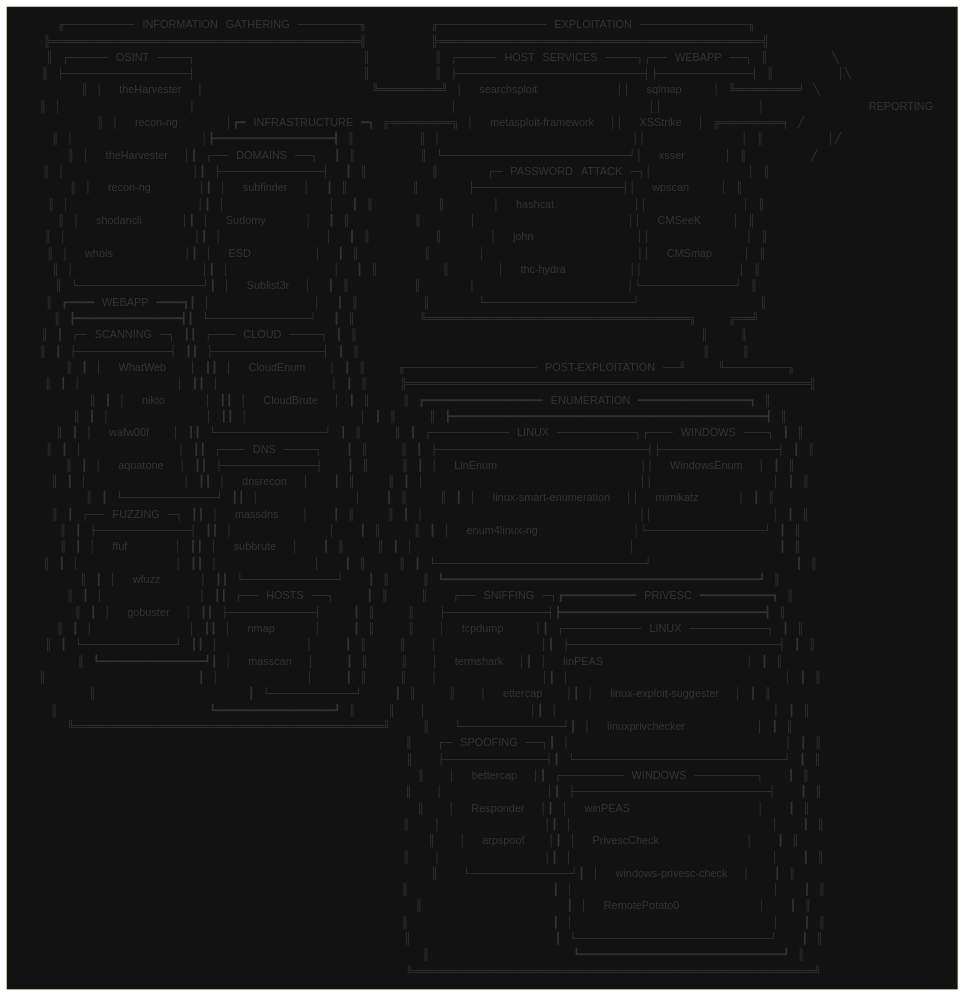
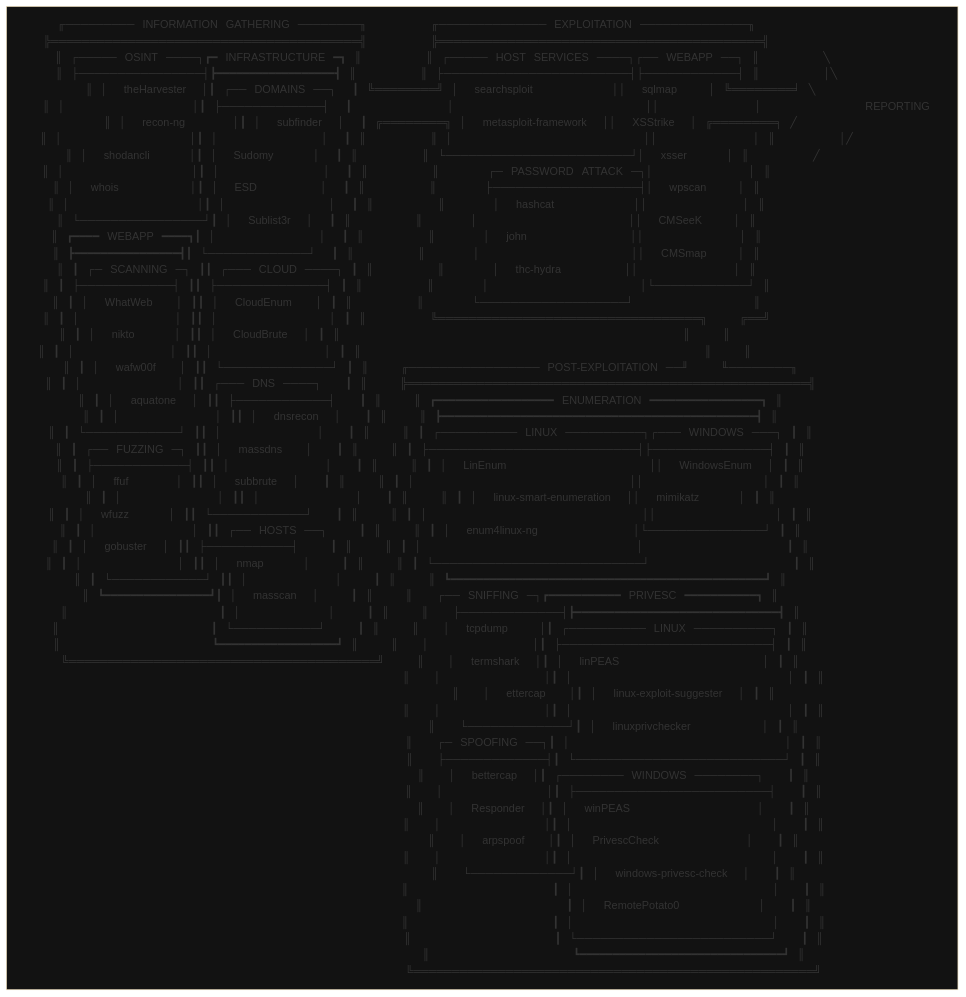
The diagram in base.README.md (Skalyaeve/a-process), drawn with Mermaid (base theme) before and after one commit. The commit also changed 2 other files, not shown here.

````diff
--- a/base.README.md
+++ b/base.README.md
@@ -1,65 +1,65 @@
 ```mermaid
 graph TD
 main[
 ⠀╓─────────⠀INFORMATION⠀GATHERING⠀────────╖⠀⠀⠀⠀⠀⠀⠀⠀╓──────────────⠀EXPLOITATION⠀──────────────╖⠀⠀⠀⠀⠀⠀⠀⠀⠀⠀⠀⠀⠀⠀⠀⠀⠀⠀⠀⠀
 ⠀╠════════════════════════════════════════╣⠀⠀⠀⠀⠀⠀⠀⠀╠══════════════════════════════════════════╣⠀⠀⠀⠀⠀⠀⠀⠀⠀⠀⠀⠀⠀⠀⠀⠀⠀⠀⠀⠀
-⠀║⠀┌─────⠀OSINT⠀────┐⠀⠀⠀⠀⠀⠀⠀⠀⠀⠀⠀⠀⠀⠀⠀⠀⠀⠀⠀⠀⠀║⠀⠀⠀⠀⠀⠀⠀⠀║⠀┌─────⠀HOST⠀SERVICES⠀────┐┌──⠀WEBAPP⠀──┐⠀║⠀⠀⠀⠀⠀⠀⠀⠀╲⠀⠀⠀⠀⠀⠀⠀⠀⠀⠀⠀
-⠀║⠀├────────────────┤⠀⠀⠀⠀⠀⠀⠀⠀⠀⠀⠀⠀⠀⠀⠀⠀⠀⠀⠀⠀⠀║⠀⠀⠀⠀⠀⠀⠀⠀║⠀├────────────────────────┤├────────────┤⠀║⠀⠀⠀⠀⠀⠀⠀⠀│╲⠀⠀⠀⠀⠀⠀⠀⠀⠀⠀
-⠀║⠀│⠀⠀theHarvester⠀⠀│⠀⠀⠀⠀⠀⠀⠀⠀⠀⠀⠀⠀⠀⠀⠀⠀⠀⠀⠀⠀⠀╚════════╝⠀│⠀⠀searchsploit⠀⠀⠀⠀⠀⠀⠀⠀⠀⠀││⠀⠀sqlmap⠀⠀⠀⠀│⠀╚════════╛⠀╲⠀⠀⠀⠀⠀⠀⠀⠀⠀
-⠀║⠀│⠀⠀⠀⠀⠀⠀⠀⠀⠀⠀⠀⠀⠀⠀⠀⠀│⠀⠀⠀⠀⠀⠀⠀⠀⠀⠀⠀⠀⠀⠀⠀⠀⠀⠀⠀⠀⠀⠀⠀⠀⠀⠀⠀⠀⠀⠀⠀⠀│⠀⠀⠀⠀⠀⠀⠀⠀⠀⠀⠀⠀⠀⠀⠀⠀⠀⠀⠀⠀⠀⠀⠀⠀││⠀⠀⠀⠀⠀⠀⠀⠀⠀⠀⠀⠀│⠀⠀⠀⠀⠀⠀⠀⠀⠀⠀⠀⠀⠀REPORTING
-⠀║⠀│⠀⠀recon-ng⠀⠀⠀⠀⠀⠀│┏━⠀INFRASTRUCTURE⠀━┓⠀╔════════╗⠀│⠀⠀metasploit-framework⠀⠀││⠀⠀XSStrike⠀⠀│⠀╔════════╕⠀╱⠀⠀⠀⠀⠀⠀⠀⠀⠀
-⠀║⠀│⠀⠀⠀⠀⠀⠀⠀⠀⠀⠀⠀⠀⠀⠀⠀⠀│┣━━━━━━━━━━━━━━━━━━┫⠀║⠀⠀⠀⠀⠀⠀⠀⠀║⠀│⠀⠀⠀⠀⠀⠀⠀⠀⠀⠀⠀⠀⠀⠀⠀⠀⠀⠀⠀⠀⠀⠀⠀⠀││⠀⠀⠀⠀⠀⠀⠀⠀⠀⠀⠀⠀│⠀║⠀⠀⠀⠀⠀⠀⠀⠀│╱⠀⠀⠀⠀⠀⠀⠀⠀⠀⠀
-⠀║⠀│⠀⠀theHarvester⠀⠀│┃⠀┌──⠀DOMAINS⠀──┐⠀⠀┃⠀║⠀⠀⠀⠀⠀⠀⠀⠀║⠀└────────────────────────┘│⠀⠀xsser⠀⠀⠀⠀⠀│⠀║⠀⠀⠀⠀⠀⠀⠀⠀╱⠀⠀⠀⠀⠀⠀⠀⠀⠀⠀⠀
-⠀║⠀│⠀⠀⠀⠀⠀⠀⠀⠀⠀⠀⠀⠀⠀⠀⠀⠀│┃⠀├─────────────┤⠀⠀┃⠀║⠀⠀⠀⠀⠀⠀⠀⠀║⠀⠀⠀⠀⠀⠀┌─⠀PASSWORD⠀ATTACK⠀─┐│⠀⠀⠀⠀⠀⠀⠀⠀⠀⠀⠀⠀│⠀║⠀⠀⠀⠀⠀⠀⠀⠀⠀⠀⠀⠀⠀⠀⠀⠀⠀⠀⠀⠀
-⠀║⠀│⠀⠀recon-ng⠀⠀⠀⠀⠀⠀│┃⠀│⠀⠀subfinder⠀⠀│⠀⠀┃⠀║⠀⠀⠀⠀⠀⠀⠀⠀║⠀⠀⠀⠀⠀⠀├───────────────────┤│⠀⠀wpscan⠀⠀⠀⠀│⠀║⠀⠀⠀⠀⠀⠀⠀⠀⠀⠀⠀⠀⠀⠀⠀⠀⠀⠀⠀⠀
+⠀║⠀┌─────⠀OSINT⠀────┐┏━⠀INFRASTRUCTURE⠀━┓⠀║⠀⠀⠀⠀⠀⠀⠀⠀║⠀┌─────⠀HOST⠀SERVICES⠀────┐┌──⠀WEBAPP⠀──┐⠀║⠀⠀⠀⠀⠀⠀⠀⠀╲⠀⠀⠀⠀⠀⠀⠀⠀⠀⠀⠀
+⠀║⠀├────────────────┤┣━━━━━━━━━━━━━━━━━━┫⠀║⠀⠀⠀⠀⠀⠀⠀⠀║⠀├────────────────────────┤├────────────┤⠀║⠀⠀⠀⠀⠀⠀⠀⠀│╲⠀⠀⠀⠀⠀⠀⠀⠀⠀⠀
+⠀║⠀│⠀⠀theHarvester⠀⠀│┃⠀┌──⠀DOMAINS⠀──┐⠀⠀┃⠀╚════════╝⠀│⠀⠀searchsploit⠀⠀⠀⠀⠀⠀⠀⠀⠀⠀││⠀⠀sqlmap⠀⠀⠀⠀│⠀╚════════╛⠀╲⠀⠀⠀⠀⠀⠀⠀⠀⠀
+⠀║⠀│⠀⠀⠀⠀⠀⠀⠀⠀⠀⠀⠀⠀⠀⠀⠀⠀│┃⠀├─────────────┤⠀⠀┃⠀⠀⠀⠀⠀⠀⠀⠀⠀⠀⠀⠀│⠀⠀⠀⠀⠀⠀⠀⠀⠀⠀⠀⠀⠀⠀⠀⠀⠀⠀⠀⠀⠀⠀⠀⠀││⠀⠀⠀⠀⠀⠀⠀⠀⠀⠀⠀⠀│⠀⠀⠀⠀⠀⠀⠀⠀⠀⠀⠀⠀⠀REPORTING
+⠀║⠀│⠀⠀recon-ng⠀⠀⠀⠀⠀⠀│┃⠀│⠀⠀subfinder⠀⠀│⠀⠀┃⠀╔════════╗⠀│⠀⠀metasploit-framework⠀⠀││⠀⠀XSStrike⠀⠀│⠀╔════════╕⠀╱⠀⠀⠀⠀⠀⠀⠀⠀⠀
+⠀║⠀│⠀⠀⠀⠀⠀⠀⠀⠀⠀⠀⠀⠀⠀⠀⠀⠀│┃⠀│⠀⠀⠀⠀⠀⠀⠀⠀⠀⠀⠀⠀⠀│⠀⠀┃⠀║⠀⠀⠀⠀⠀⠀⠀⠀║⠀│⠀⠀⠀⠀⠀⠀⠀⠀⠀⠀⠀⠀⠀⠀⠀⠀⠀⠀⠀⠀⠀⠀⠀⠀││⠀⠀⠀⠀⠀⠀⠀⠀⠀⠀⠀⠀│⠀║⠀⠀⠀⠀⠀⠀⠀⠀│╱⠀⠀⠀⠀⠀⠀⠀⠀⠀⠀
+⠀║⠀│⠀⠀shodancli⠀⠀⠀⠀⠀│┃⠀│⠀⠀Sudomy⠀⠀⠀⠀⠀│⠀⠀┃⠀║⠀⠀⠀⠀⠀⠀⠀⠀║⠀└────────────────────────┘│⠀⠀xsser⠀⠀⠀⠀⠀│⠀║⠀⠀⠀⠀⠀⠀⠀⠀╱⠀⠀⠀⠀⠀⠀⠀⠀⠀⠀⠀
+⠀║⠀│⠀⠀⠀⠀⠀⠀⠀⠀⠀⠀⠀⠀⠀⠀⠀⠀│┃⠀│⠀⠀⠀⠀⠀⠀⠀⠀⠀⠀⠀⠀⠀│⠀⠀┃⠀║⠀⠀⠀⠀⠀⠀⠀⠀║⠀⠀⠀⠀⠀⠀┌─⠀PASSWORD⠀ATTACK⠀─┐│⠀⠀⠀⠀⠀⠀⠀⠀⠀⠀⠀⠀│⠀║⠀⠀⠀⠀⠀⠀⠀⠀⠀⠀⠀⠀⠀⠀⠀⠀⠀⠀⠀⠀
+⠀║⠀│⠀⠀whois⠀⠀⠀⠀⠀⠀⠀⠀⠀│┃⠀│⠀⠀ESD⠀⠀⠀⠀⠀⠀⠀⠀│⠀⠀┃⠀║⠀⠀⠀⠀⠀⠀⠀⠀║⠀⠀⠀⠀⠀⠀├───────────────────┤│⠀⠀wpscan⠀⠀⠀⠀│⠀║⠀⠀⠀⠀⠀⠀⠀⠀⠀⠀⠀⠀⠀⠀⠀⠀⠀⠀⠀⠀
 ⠀║⠀│⠀⠀⠀⠀⠀⠀⠀⠀⠀⠀⠀⠀⠀⠀⠀⠀│┃⠀│⠀⠀⠀⠀⠀⠀⠀⠀⠀⠀⠀⠀⠀│⠀⠀┃⠀║⠀⠀⠀⠀⠀⠀⠀⠀║⠀⠀⠀⠀⠀⠀│⠀⠀hashcat⠀⠀⠀⠀⠀⠀⠀⠀⠀⠀││⠀⠀⠀⠀⠀⠀⠀⠀⠀⠀⠀⠀│⠀║⠀⠀⠀⠀⠀⠀⠀⠀⠀⠀⠀⠀⠀⠀⠀⠀⠀⠀⠀⠀
-⠀║⠀│⠀⠀shodancli⠀⠀⠀⠀⠀│┃⠀│⠀⠀Sudomy⠀⠀⠀⠀⠀│⠀⠀┃⠀║⠀⠀⠀⠀⠀⠀⠀⠀║⠀⠀⠀⠀⠀⠀│⠀⠀⠀⠀⠀⠀⠀⠀⠀⠀⠀⠀⠀⠀⠀⠀⠀⠀⠀││⠀⠀CMSeeK⠀⠀⠀⠀│⠀║⠀⠀⠀⠀⠀⠀⠀⠀⠀⠀⠀⠀⠀⠀⠀⠀⠀⠀⠀⠀
-⠀║⠀│⠀⠀⠀⠀⠀⠀⠀⠀⠀⠀⠀⠀⠀⠀⠀⠀│┃⠀│⠀⠀⠀⠀⠀⠀⠀⠀⠀⠀⠀⠀⠀│⠀⠀┃⠀║⠀⠀⠀⠀⠀⠀⠀⠀║⠀⠀⠀⠀⠀⠀│⠀⠀john⠀⠀⠀⠀⠀⠀⠀⠀⠀⠀⠀⠀⠀││⠀⠀⠀⠀⠀⠀⠀⠀⠀⠀⠀⠀│⠀║⠀⠀⠀⠀⠀⠀⠀⠀⠀⠀⠀⠀⠀⠀⠀⠀⠀⠀⠀⠀
-⠀║⠀│⠀⠀whois⠀⠀⠀⠀⠀⠀⠀⠀⠀│┃⠀│⠀⠀ESD⠀⠀⠀⠀⠀⠀⠀⠀│⠀⠀┃⠀║⠀⠀⠀⠀⠀⠀⠀⠀║⠀⠀⠀⠀⠀⠀│⠀⠀⠀⠀⠀⠀⠀⠀⠀⠀⠀⠀⠀⠀⠀⠀⠀⠀⠀││⠀⠀CMSmap⠀⠀⠀⠀│⠀║⠀⠀⠀⠀⠀⠀⠀⠀⠀⠀⠀⠀⠀⠀⠀⠀⠀⠀⠀⠀
-⠀║⠀│⠀⠀⠀⠀⠀⠀⠀⠀⠀⠀⠀⠀⠀⠀⠀⠀│┃⠀│⠀⠀⠀⠀⠀⠀⠀⠀⠀⠀⠀⠀⠀│⠀⠀┃⠀║⠀⠀⠀⠀⠀⠀⠀⠀║⠀⠀⠀⠀⠀⠀│⠀⠀thc-hydra⠀⠀⠀⠀⠀⠀⠀⠀││⠀⠀⠀⠀⠀⠀⠀⠀⠀⠀⠀⠀│⠀║⠀⠀⠀⠀⠀⠀⠀⠀⠀⠀⠀⠀⠀⠀⠀⠀⠀⠀⠀⠀
-⠀║⠀└────────────────┘┃⠀│⠀⠀Sublist3r⠀⠀│⠀⠀┃⠀║⠀⠀⠀⠀⠀⠀⠀⠀║⠀⠀⠀⠀⠀⠀│⠀⠀⠀⠀⠀⠀⠀⠀⠀⠀⠀⠀⠀⠀⠀⠀⠀⠀⠀│└────────────┘⠀║⠀⠀⠀⠀⠀⠀⠀⠀⠀⠀⠀⠀⠀⠀⠀⠀⠀⠀⠀⠀
-⠀║⠀┏━━━━⠀WEBAPP⠀━━━━┓┃⠀│⠀⠀⠀⠀⠀⠀⠀⠀⠀⠀⠀⠀⠀│⠀⠀┃⠀║⠀⠀⠀⠀⠀⠀⠀⠀║⠀⠀⠀⠀⠀⠀└───────────────────┘⠀⠀⠀⠀⠀⠀⠀⠀⠀⠀⠀⠀⠀⠀⠀║⠀⠀⠀⠀⠀⠀⠀⠀⠀⠀⠀⠀⠀⠀⠀⠀⠀⠀⠀⠀
-⠀║⠀┣━━━━━━━━━━━━━━━━┫┃⠀└─────────────┘⠀⠀┃⠀║⠀⠀⠀⠀⠀⠀⠀⠀╚══════════════════════════════════╗⠀⠀⠀⠀╔══╝⠀⠀⠀⠀⠀⠀⠀⠀⠀⠀⠀⠀⠀⠀⠀⠀⠀⠀⠀⠀
-⠀║⠀┃⠀┌─⠀SCANNING⠀─┐⠀┃┃⠀┌───⠀CLOUD⠀────┐⠀┃⠀║⠀⠀⠀⠀⠀⠀⠀⠀⠀⠀⠀⠀⠀⠀⠀⠀⠀⠀⠀⠀⠀⠀⠀⠀⠀⠀⠀⠀⠀⠀⠀⠀⠀⠀⠀⠀⠀⠀⠀⠀⠀⠀⠀║⠀⠀⠀⠀║⠀⠀⠀⠀⠀⠀⠀⠀⠀⠀⠀⠀⠀⠀⠀⠀⠀⠀⠀⠀⠀⠀⠀
-⠀║⠀┃⠀├────────────┤⠀┃┃⠀├──────────────┤⠀┃⠀║⠀⠀⠀⠀⠀⠀⠀⠀⠀⠀⠀⠀⠀⠀⠀⠀⠀⠀⠀⠀⠀⠀⠀⠀⠀⠀⠀⠀⠀⠀⠀⠀⠀⠀⠀⠀⠀⠀⠀⠀⠀⠀⠀║⠀⠀⠀⠀║⠀⠀⠀⠀⠀⠀⠀⠀⠀⠀⠀⠀⠀⠀⠀⠀⠀⠀⠀⠀⠀⠀⠀
-⠀║⠀┃⠀│⠀⠀WhatWeb⠀⠀⠀│⠀┃┃⠀│⠀⠀CloudEnum⠀⠀⠀│⠀┃⠀║⠀⠀⠀⠀╓─────────────────⠀POST-EXPLOITATION⠀──╜⠀⠀⠀⠀╙────────╖⠀⠀⠀⠀⠀⠀⠀⠀⠀⠀⠀⠀⠀⠀
-⠀║⠀┃⠀│⠀⠀⠀⠀⠀⠀⠀⠀⠀⠀⠀⠀│⠀┃┃⠀│⠀⠀⠀⠀⠀⠀⠀⠀⠀⠀⠀⠀⠀⠀│⠀┃⠀║⠀⠀⠀⠀╠════════════════════════════════════════════════════╣⠀⠀⠀⠀⠀⠀⠀⠀⠀⠀⠀⠀⠀⠀
-⠀║⠀┃⠀│⠀⠀nikto⠀⠀⠀⠀⠀│⠀┃┃⠀│⠀⠀CloudBrute⠀⠀│⠀┃⠀║⠀⠀⠀⠀║⠀┏━━━━━━━━━━━━━━━━━━⠀ENUMERATION⠀━━━━━━━━━━━━━━━━━┓⠀║⠀⠀⠀⠀⠀⠀⠀⠀⠀⠀⠀⠀⠀⠀
-⠀║⠀┃⠀│⠀⠀⠀⠀⠀⠀⠀⠀⠀⠀⠀⠀│⠀┃┃⠀│⠀⠀⠀⠀⠀⠀⠀⠀⠀⠀⠀⠀⠀⠀│⠀┃⠀║⠀⠀⠀⠀║⠀┣━━━━━━━━━━━━━━━━━━━━━━━━━━━━━━━━━━━━━━━━━━━━━━━━┫⠀║⠀⠀⠀⠀⠀⠀⠀⠀⠀⠀⠀⠀⠀⠀
-⠀║⠀┃⠀│⠀⠀wafw00f⠀⠀⠀│⠀┃┃⠀└──────────────┘⠀┃⠀║⠀⠀⠀⠀║⠀┃⠀┌──────────⠀LINUX⠀──────────┐┌───⠀WINDOWS⠀───┐⠀┃⠀║⠀⠀⠀⠀⠀⠀⠀⠀⠀⠀⠀⠀⠀⠀
-⠀║⠀┃⠀│⠀⠀⠀⠀⠀⠀⠀⠀⠀⠀⠀⠀│⠀┃┃⠀┌───⠀DNS⠀────┐⠀⠀⠀┃⠀║⠀⠀⠀⠀║⠀┃⠀├───────────────────────────┤├───────────────┤⠀┃⠀║⠀⠀⠀⠀⠀⠀⠀⠀⠀⠀⠀⠀⠀⠀
-⠀║⠀┃⠀│⠀⠀aquatone⠀⠀│⠀┃┃⠀├────────────┤⠀⠀⠀┃⠀║⠀⠀⠀⠀║⠀┃⠀│⠀⠀LinEnum⠀⠀⠀⠀⠀⠀⠀⠀⠀⠀⠀⠀⠀⠀⠀⠀⠀⠀││⠀⠀WindowsEnum⠀⠀│⠀┃⠀║⠀⠀⠀⠀⠀⠀⠀⠀⠀⠀⠀⠀⠀⠀
-⠀║⠀┃⠀│⠀⠀⠀⠀⠀⠀⠀⠀⠀⠀⠀⠀│⠀┃┃⠀│⠀⠀dnsrecon⠀⠀│⠀⠀⠀┃⠀║⠀⠀⠀⠀║⠀┃⠀│⠀⠀⠀⠀⠀⠀⠀⠀⠀⠀⠀⠀⠀⠀⠀⠀⠀⠀⠀⠀⠀⠀⠀⠀⠀⠀⠀││⠀⠀⠀⠀⠀⠀⠀⠀⠀⠀⠀⠀⠀⠀⠀│⠀┃⠀║⠀⠀⠀⠀⠀⠀⠀⠀⠀⠀⠀⠀⠀⠀
-⠀║⠀┃⠀└────────────┘⠀┃┃⠀│⠀⠀⠀⠀⠀⠀⠀⠀⠀⠀⠀⠀│⠀⠀⠀┃⠀║⠀⠀⠀⠀║⠀┃⠀│⠀⠀linux-smart-enumeration⠀⠀││⠀⠀mimikatz⠀⠀⠀⠀⠀│⠀┃⠀║⠀⠀⠀⠀⠀⠀⠀⠀⠀⠀⠀⠀⠀⠀
-⠀║⠀┃⠀┌──⠀FUZZING⠀─┐⠀┃┃⠀│⠀⠀massdns⠀⠀⠀│⠀⠀⠀┃⠀║⠀⠀⠀⠀║⠀┃⠀│⠀⠀⠀⠀⠀⠀⠀⠀⠀⠀⠀⠀⠀⠀⠀⠀⠀⠀⠀⠀⠀⠀⠀⠀⠀⠀⠀││⠀⠀⠀⠀⠀⠀⠀⠀⠀⠀⠀⠀⠀⠀⠀│⠀┃⠀║⠀⠀⠀⠀⠀⠀⠀⠀⠀⠀⠀⠀⠀⠀
-⠀║⠀┃⠀├────────────┤⠀┃┃⠀│⠀⠀⠀⠀⠀⠀⠀⠀⠀⠀⠀⠀│⠀⠀⠀┃⠀║⠀⠀⠀⠀║⠀┃⠀│⠀⠀enum4linux-ng⠀⠀⠀⠀⠀⠀⠀⠀⠀⠀⠀⠀│└───────────────┘⠀┃⠀║⠀⠀⠀⠀⠀⠀⠀⠀⠀⠀⠀⠀⠀⠀
-⠀║⠀┃⠀│⠀⠀ffuf⠀⠀⠀⠀⠀⠀│⠀┃┃⠀│⠀⠀subbrute⠀⠀│⠀⠀⠀┃⠀║⠀⠀⠀⠀║⠀┃⠀│⠀⠀⠀⠀⠀⠀⠀⠀⠀⠀⠀⠀⠀⠀⠀⠀⠀⠀⠀⠀⠀⠀⠀⠀⠀⠀⠀│⠀⠀⠀⠀⠀⠀⠀⠀⠀⠀⠀⠀⠀⠀⠀⠀⠀⠀┃⠀║⠀⠀⠀⠀⠀⠀⠀⠀⠀⠀⠀⠀⠀⠀
-⠀║⠀┃⠀│⠀⠀⠀⠀⠀⠀⠀⠀⠀⠀⠀⠀│⠀┃┃⠀│⠀⠀⠀⠀⠀⠀⠀⠀⠀⠀⠀⠀│⠀⠀⠀┃⠀║⠀⠀⠀⠀║⠀┃⠀└───────────────────────────┘⠀⠀⠀⠀⠀⠀⠀⠀⠀⠀⠀⠀⠀⠀⠀⠀⠀⠀┃⠀║⠀⠀⠀⠀⠀⠀⠀⠀⠀⠀⠀⠀⠀⠀
-⠀║⠀┃⠀│⠀⠀wfuzz⠀⠀⠀⠀⠀│⠀┃┃⠀└────────────┘⠀⠀⠀┃⠀║⠀⠀⠀⠀║⠀┗━━━━━━━━━━━━━━━━━━━━━━━━━━━━━━━━━━━━━━━━━━━━━━━━┛⠀║⠀⠀⠀⠀⠀⠀⠀⠀⠀⠀⠀⠀⠀⠀
-⠀║⠀┃⠀│⠀⠀⠀⠀⠀⠀⠀⠀⠀⠀⠀⠀│⠀┃┃⠀┌──⠀HOSTS⠀──┐⠀⠀⠀⠀┃⠀║⠀⠀⠀⠀║⠀⠀⠀┌──⠀SNIFFING⠀─┐┏━━━━━━━━━━━⠀PRIVESC⠀━━━━━━━━━━━┓⠀║⠀⠀⠀⠀⠀⠀⠀⠀⠀⠀⠀⠀⠀⠀
-⠀║⠀┃⠀│⠀⠀gobuster⠀⠀│⠀┃┃⠀├───────────┤⠀⠀⠀⠀┃⠀║⠀⠀⠀⠀║⠀⠀⠀├─────────────┤┣━━━━━━━━━━━━━━━━━━━━━━━━━━━━━━━┫⠀║⠀⠀⠀⠀⠀⠀⠀⠀⠀⠀⠀⠀⠀⠀
-⠀║⠀┃⠀│⠀⠀⠀⠀⠀⠀⠀⠀⠀⠀⠀⠀│⠀┃┃⠀│⠀⠀nmap⠀⠀⠀⠀⠀│⠀⠀⠀⠀┃⠀║⠀⠀⠀⠀║⠀⠀⠀│⠀⠀tcpdump⠀⠀⠀⠀│┃⠀┌──────────⠀LINUX⠀──────────┐⠀┃⠀║⠀⠀⠀⠀⠀⠀⠀⠀⠀⠀⠀⠀⠀⠀
-⠀║⠀┃⠀└────────────┘⠀┃┃⠀│⠀⠀⠀⠀⠀⠀⠀⠀⠀⠀⠀│⠀⠀⠀⠀┃⠀║⠀⠀⠀⠀║⠀⠀⠀│⠀⠀⠀⠀⠀⠀⠀⠀⠀⠀⠀⠀⠀│┃⠀├───────────────────────────┤⠀┃⠀║⠀⠀⠀⠀⠀⠀⠀⠀⠀⠀⠀⠀⠀⠀
-⠀║⠀┗━━━━━━━━━━━━━━━━┛┃⠀│⠀⠀masscan⠀⠀│⠀⠀⠀⠀┃⠀║⠀⠀⠀⠀║⠀⠀⠀│⠀⠀termshark⠀⠀│┃⠀│⠀⠀linPEAS⠀⠀⠀⠀⠀⠀⠀⠀⠀⠀⠀⠀⠀⠀⠀⠀⠀⠀│⠀┃⠀║⠀⠀⠀⠀⠀⠀⠀⠀⠀⠀⠀⠀⠀⠀
-⠀║⠀⠀⠀⠀⠀⠀⠀⠀⠀⠀⠀⠀⠀⠀⠀⠀⠀⠀⠀┃⠀│⠀⠀⠀⠀⠀⠀⠀⠀⠀⠀⠀│⠀⠀⠀⠀┃⠀║⠀⠀⠀⠀║⠀⠀⠀│⠀⠀⠀⠀⠀⠀⠀⠀⠀⠀⠀⠀⠀│┃⠀│⠀⠀⠀⠀⠀⠀⠀⠀⠀⠀⠀⠀⠀⠀⠀⠀⠀⠀⠀⠀⠀⠀⠀⠀⠀⠀⠀│⠀┃⠀║⠀⠀⠀⠀⠀⠀⠀⠀⠀⠀⠀⠀⠀⠀
-⠀║⠀⠀⠀⠀⠀⠀⠀⠀⠀⠀⠀⠀⠀⠀⠀⠀⠀⠀⠀┃⠀└───────────┘⠀⠀⠀⠀┃⠀║⠀⠀⠀⠀║⠀⠀⠀│⠀⠀ettercap⠀⠀⠀│┃⠀│⠀⠀linux-exploit-suggester⠀⠀│⠀┃⠀║⠀⠀⠀⠀⠀⠀⠀⠀⠀⠀⠀⠀⠀⠀
-⠀║⠀⠀⠀⠀⠀⠀⠀⠀⠀⠀⠀⠀⠀⠀⠀⠀⠀⠀⠀┗━━━━━━━━━━━━━━━━━━┛⠀║⠀⠀⠀⠀║⠀⠀⠀│⠀⠀⠀⠀⠀⠀⠀⠀⠀⠀⠀⠀⠀│┃⠀│⠀⠀⠀⠀⠀⠀⠀⠀⠀⠀⠀⠀⠀⠀⠀⠀⠀⠀⠀⠀⠀⠀⠀⠀⠀⠀⠀│⠀┃⠀║⠀⠀⠀⠀⠀⠀⠀⠀⠀⠀⠀⠀⠀⠀
-⠀╚════════════════════════════════════════╝⠀⠀⠀⠀║⠀⠀⠀└─────────────┘┃⠀│⠀⠀linuxprivchecker⠀⠀⠀⠀⠀⠀⠀⠀⠀│⠀┃⠀║⠀⠀⠀⠀⠀⠀⠀⠀⠀⠀⠀⠀⠀⠀
+⠀║⠀└────────────────┘┃⠀│⠀⠀Sublist3r⠀⠀│⠀⠀┃⠀║⠀⠀⠀⠀⠀⠀⠀⠀║⠀⠀⠀⠀⠀⠀│⠀⠀⠀⠀⠀⠀⠀⠀⠀⠀⠀⠀⠀⠀⠀⠀⠀⠀⠀││⠀⠀CMSeeK⠀⠀⠀⠀│⠀║⠀⠀⠀⠀⠀⠀⠀⠀⠀⠀⠀⠀⠀⠀⠀⠀⠀⠀⠀⠀
+⠀║⠀┏━━━━⠀WEBAPP⠀━━━━┓┃⠀│⠀⠀⠀⠀⠀⠀⠀⠀⠀⠀⠀⠀⠀│⠀⠀┃⠀║⠀⠀⠀⠀⠀⠀⠀⠀║⠀⠀⠀⠀⠀⠀│⠀⠀john⠀⠀⠀⠀⠀⠀⠀⠀⠀⠀⠀⠀⠀││⠀⠀⠀⠀⠀⠀⠀⠀⠀⠀⠀⠀│⠀║⠀⠀⠀⠀⠀⠀⠀⠀⠀⠀⠀⠀⠀⠀⠀⠀⠀⠀⠀⠀
+⠀║⠀┣━━━━━━━━━━━━━━━━┫┃⠀└─────────────┘⠀⠀┃⠀║⠀⠀⠀⠀⠀⠀⠀⠀║⠀⠀⠀⠀⠀⠀│⠀⠀⠀⠀⠀⠀⠀⠀⠀⠀⠀⠀⠀⠀⠀⠀⠀⠀⠀││⠀⠀CMSmap⠀⠀⠀⠀│⠀║⠀⠀⠀⠀⠀⠀⠀⠀⠀⠀⠀⠀⠀⠀⠀⠀⠀⠀⠀⠀
+⠀║⠀┃⠀┌─⠀SCANNING⠀─┐⠀┃┃⠀┌───⠀CLOUD⠀────┐⠀┃⠀║⠀⠀⠀⠀⠀⠀⠀⠀║⠀⠀⠀⠀⠀⠀│⠀⠀thc-hydra⠀⠀⠀⠀⠀⠀⠀⠀││⠀⠀⠀⠀⠀⠀⠀⠀⠀⠀⠀⠀│⠀║⠀⠀⠀⠀⠀⠀⠀⠀⠀⠀⠀⠀⠀⠀⠀⠀⠀⠀⠀⠀
+⠀║⠀┃⠀├────────────┤⠀┃┃⠀├──────────────┤⠀┃⠀║⠀⠀⠀⠀⠀⠀⠀⠀║⠀⠀⠀⠀⠀⠀│⠀⠀⠀⠀⠀⠀⠀⠀⠀⠀⠀⠀⠀⠀⠀⠀⠀⠀⠀│└────────────┘⠀║⠀⠀⠀⠀⠀⠀⠀⠀⠀⠀⠀⠀⠀⠀⠀⠀⠀⠀⠀⠀
+⠀║⠀┃⠀│⠀⠀WhatWeb⠀⠀⠀│⠀┃┃⠀│⠀⠀CloudEnum⠀⠀⠀│⠀┃⠀║⠀⠀⠀⠀⠀⠀⠀⠀║⠀⠀⠀⠀⠀⠀└───────────────────┘⠀⠀⠀⠀⠀⠀⠀⠀⠀⠀⠀⠀⠀⠀⠀║⠀⠀⠀⠀⠀⠀⠀⠀⠀⠀⠀⠀⠀⠀⠀⠀⠀⠀⠀⠀
+⠀║⠀┃⠀│⠀⠀⠀⠀⠀⠀⠀⠀⠀⠀⠀⠀│⠀┃┃⠀│⠀⠀⠀⠀⠀⠀⠀⠀⠀⠀⠀⠀⠀⠀│⠀┃⠀║⠀⠀⠀⠀⠀⠀⠀⠀╚══════════════════════════════════╗⠀⠀⠀⠀╔══╝⠀⠀⠀⠀⠀⠀⠀⠀⠀⠀⠀⠀⠀⠀⠀⠀⠀⠀⠀⠀
+⠀║⠀┃⠀│⠀⠀nikto⠀⠀⠀⠀⠀│⠀┃┃⠀│⠀⠀CloudBrute⠀⠀│⠀┃⠀║⠀⠀⠀⠀⠀⠀⠀⠀⠀⠀⠀⠀⠀⠀⠀⠀⠀⠀⠀⠀⠀⠀⠀⠀⠀⠀⠀⠀⠀⠀⠀⠀⠀⠀⠀⠀⠀⠀⠀⠀⠀⠀⠀║⠀⠀⠀⠀║⠀⠀⠀⠀⠀⠀⠀⠀⠀⠀⠀⠀⠀⠀⠀⠀⠀⠀⠀⠀⠀⠀⠀
+⠀║⠀┃⠀│⠀⠀⠀⠀⠀⠀⠀⠀⠀⠀⠀⠀│⠀┃┃⠀│⠀⠀⠀⠀⠀⠀⠀⠀⠀⠀⠀⠀⠀⠀│⠀┃⠀║⠀⠀⠀⠀⠀⠀⠀⠀⠀⠀⠀⠀⠀⠀⠀⠀⠀⠀⠀⠀⠀⠀⠀⠀⠀⠀⠀⠀⠀⠀⠀⠀⠀⠀⠀⠀⠀⠀⠀⠀⠀⠀⠀║⠀⠀⠀⠀║⠀⠀⠀⠀⠀⠀⠀⠀⠀⠀⠀⠀⠀⠀⠀⠀⠀⠀⠀⠀⠀⠀⠀
+⠀║⠀┃⠀│⠀⠀wafw00f⠀⠀⠀│⠀┃┃⠀└──────────────┘⠀┃⠀║⠀⠀⠀⠀╓─────────────────⠀POST-EXPLOITATION⠀──╜⠀⠀⠀⠀╙────────╖⠀⠀⠀⠀⠀⠀⠀⠀⠀⠀⠀⠀⠀⠀
+⠀║⠀┃⠀│⠀⠀⠀⠀⠀⠀⠀⠀⠀⠀⠀⠀│⠀┃┃⠀┌───⠀DNS⠀────┐⠀⠀⠀┃⠀║⠀⠀⠀⠀╠════════════════════════════════════════════════════╣⠀⠀⠀⠀⠀⠀⠀⠀⠀⠀⠀⠀⠀⠀
+⠀║⠀┃⠀│⠀⠀aquatone⠀⠀│⠀┃┃⠀├────────────┤⠀⠀⠀┃⠀║⠀⠀⠀⠀║⠀┏━━━━━━━━━━━━━━━━━━⠀ENUMERATION⠀━━━━━━━━━━━━━━━━━┓⠀║⠀⠀⠀⠀⠀⠀⠀⠀⠀⠀⠀⠀⠀⠀
+⠀║⠀┃⠀│⠀⠀⠀⠀⠀⠀⠀⠀⠀⠀⠀⠀│⠀┃┃⠀│⠀⠀dnsrecon⠀⠀│⠀⠀⠀┃⠀║⠀⠀⠀⠀║⠀┣━━━━━━━━━━━━━━━━━━━━━━━━━━━━━━━━━━━━━━━━━━━━━━━━┫⠀║⠀⠀⠀⠀⠀⠀⠀⠀⠀⠀⠀⠀⠀⠀
+⠀║⠀┃⠀└────────────┘⠀┃┃⠀│⠀⠀⠀⠀⠀⠀⠀⠀⠀⠀⠀⠀│⠀⠀⠀┃⠀║⠀⠀⠀⠀║⠀┃⠀┌──────────⠀LINUX⠀──────────┐┌───⠀WINDOWS⠀───┐⠀┃⠀║⠀⠀⠀⠀⠀⠀⠀⠀⠀⠀⠀⠀⠀⠀
+⠀║⠀┃⠀┌──⠀FUZZING⠀─┐⠀┃┃⠀│⠀⠀massdns⠀⠀⠀│⠀⠀⠀┃⠀║⠀⠀⠀⠀║⠀┃⠀├───────────────────────────┤├───────────────┤⠀┃⠀║⠀⠀⠀⠀⠀⠀⠀⠀⠀⠀⠀⠀⠀⠀
+⠀║⠀┃⠀├────────────┤⠀┃┃⠀│⠀⠀⠀⠀⠀⠀⠀⠀⠀⠀⠀⠀│⠀⠀⠀┃⠀║⠀⠀⠀⠀║⠀┃⠀│⠀⠀LinEnum⠀⠀⠀⠀⠀⠀⠀⠀⠀⠀⠀⠀⠀⠀⠀⠀⠀⠀││⠀⠀WindowsEnum⠀⠀│⠀┃⠀║⠀⠀⠀⠀⠀⠀⠀⠀⠀⠀⠀⠀⠀⠀
+⠀║⠀┃⠀│⠀⠀ffuf⠀⠀⠀⠀⠀⠀│⠀┃┃⠀│⠀⠀subbrute⠀⠀│⠀⠀⠀┃⠀║⠀⠀⠀⠀║⠀┃⠀│⠀⠀⠀⠀⠀⠀⠀⠀⠀⠀⠀⠀⠀⠀⠀⠀⠀⠀⠀⠀⠀⠀⠀⠀⠀⠀⠀││⠀⠀⠀⠀⠀⠀⠀⠀⠀⠀⠀⠀⠀⠀⠀│⠀┃⠀║⠀⠀⠀⠀⠀⠀⠀⠀⠀⠀⠀⠀⠀⠀
+⠀║⠀┃⠀│⠀⠀⠀⠀⠀⠀⠀⠀⠀⠀⠀⠀│⠀┃┃⠀│⠀⠀⠀⠀⠀⠀⠀⠀⠀⠀⠀⠀│⠀⠀⠀┃⠀║⠀⠀⠀⠀║⠀┃⠀│⠀⠀linux-smart-enumeration⠀⠀││⠀⠀mimikatz⠀⠀⠀⠀⠀│⠀┃⠀║⠀⠀⠀⠀⠀⠀⠀⠀⠀⠀⠀⠀⠀⠀
+⠀║⠀┃⠀│⠀⠀wfuzz⠀⠀⠀⠀⠀│⠀┃┃⠀└────────────┘⠀⠀⠀┃⠀║⠀⠀⠀⠀║⠀┃⠀│⠀⠀⠀⠀⠀⠀⠀⠀⠀⠀⠀⠀⠀⠀⠀⠀⠀⠀⠀⠀⠀⠀⠀⠀⠀⠀⠀││⠀⠀⠀⠀⠀⠀⠀⠀⠀⠀⠀⠀⠀⠀⠀│⠀┃⠀║⠀⠀⠀⠀⠀⠀⠀⠀⠀⠀⠀⠀⠀⠀
+⠀║⠀┃⠀│⠀⠀⠀⠀⠀⠀⠀⠀⠀⠀⠀⠀│⠀┃┃⠀┌──⠀HOSTS⠀──┐⠀⠀⠀⠀┃⠀║⠀⠀⠀⠀║⠀┃⠀│⠀⠀enum4linux-ng⠀⠀⠀⠀⠀⠀⠀⠀⠀⠀⠀⠀│└───────────────┘⠀┃⠀║⠀⠀⠀⠀⠀⠀⠀⠀⠀⠀⠀⠀⠀⠀
+⠀║⠀┃⠀│⠀⠀gobuster⠀⠀│⠀┃┃⠀├───────────┤⠀⠀⠀⠀┃⠀║⠀⠀⠀⠀║⠀┃⠀│⠀⠀⠀⠀⠀⠀⠀⠀⠀⠀⠀⠀⠀⠀⠀⠀⠀⠀⠀⠀⠀⠀⠀⠀⠀⠀⠀│⠀⠀⠀⠀⠀⠀⠀⠀⠀⠀⠀⠀⠀⠀⠀⠀⠀⠀┃⠀║⠀⠀⠀⠀⠀⠀⠀⠀⠀⠀⠀⠀⠀⠀
+⠀║⠀┃⠀│⠀⠀⠀⠀⠀⠀⠀⠀⠀⠀⠀⠀│⠀┃┃⠀│⠀⠀nmap⠀⠀⠀⠀⠀│⠀⠀⠀⠀┃⠀║⠀⠀⠀⠀║⠀┃⠀└───────────────────────────┘⠀⠀⠀⠀⠀⠀⠀⠀⠀⠀⠀⠀⠀⠀⠀⠀⠀⠀┃⠀║⠀⠀⠀⠀⠀⠀⠀⠀⠀⠀⠀⠀⠀⠀
+⠀║⠀┃⠀└────────────┘⠀┃┃⠀│⠀⠀⠀⠀⠀⠀⠀⠀⠀⠀⠀│⠀⠀⠀⠀┃⠀║⠀⠀⠀⠀║⠀┗━━━━━━━━━━━━━━━━━━━━━━━━━━━━━━━━━━━━━━━━━━━━━━━━┛⠀║⠀⠀⠀⠀⠀⠀⠀⠀⠀⠀⠀⠀⠀⠀
+⠀║⠀┗━━━━━━━━━━━━━━━━┛┃⠀│⠀⠀masscan⠀⠀│⠀⠀⠀⠀┃⠀║⠀⠀⠀⠀║⠀⠀⠀┌──⠀SNIFFING⠀─┐┏━━━━━━━━━━━⠀PRIVESC⠀━━━━━━━━━━━┓⠀║⠀⠀⠀⠀⠀⠀⠀⠀⠀⠀⠀⠀⠀⠀
+⠀║⠀⠀⠀⠀⠀⠀⠀⠀⠀⠀⠀⠀⠀⠀⠀⠀⠀⠀⠀┃⠀│⠀⠀⠀⠀⠀⠀⠀⠀⠀⠀⠀│⠀⠀⠀⠀┃⠀║⠀⠀⠀⠀║⠀⠀⠀├─────────────┤┣━━━━━━━━━━━━━━━━━━━━━━━━━━━━━━━┫⠀║⠀⠀⠀⠀⠀⠀⠀⠀⠀⠀⠀⠀⠀⠀
+⠀║⠀⠀⠀⠀⠀⠀⠀⠀⠀⠀⠀⠀⠀⠀⠀⠀⠀⠀⠀┃⠀└───────────┘⠀⠀⠀⠀┃⠀║⠀⠀⠀⠀║⠀⠀⠀│⠀⠀tcpdump⠀⠀⠀⠀│┃⠀┌──────────⠀LINUX⠀──────────┐⠀┃⠀║⠀⠀⠀⠀⠀⠀⠀⠀⠀⠀⠀⠀⠀⠀
+⠀║⠀⠀⠀⠀⠀⠀⠀⠀⠀⠀⠀⠀⠀⠀⠀⠀⠀⠀⠀┗━━━━━━━━━━━━━━━━━━┛⠀║⠀⠀⠀⠀║⠀⠀⠀│⠀⠀⠀⠀⠀⠀⠀⠀⠀⠀⠀⠀⠀│┃⠀├───────────────────────────┤⠀┃⠀║⠀⠀⠀⠀⠀⠀⠀⠀⠀⠀⠀⠀⠀⠀
+⠀╚════════════════════════════════════════╝⠀⠀⠀⠀║⠀⠀⠀│⠀⠀termshark⠀⠀│┃⠀│⠀⠀linPEAS⠀⠀⠀⠀⠀⠀⠀⠀⠀⠀⠀⠀⠀⠀⠀⠀⠀⠀│⠀┃⠀║⠀⠀⠀⠀⠀⠀⠀⠀⠀⠀⠀⠀⠀⠀
+⠀⠀⠀⠀⠀⠀⠀⠀⠀⠀⠀⠀⠀⠀⠀⠀⠀⠀⠀⠀⠀⠀⠀⠀⠀⠀⠀⠀⠀⠀⠀⠀⠀⠀⠀⠀⠀⠀⠀⠀⠀⠀⠀⠀⠀⠀⠀║⠀⠀⠀│⠀⠀⠀⠀⠀⠀⠀⠀⠀⠀⠀⠀⠀│┃⠀│⠀⠀⠀⠀⠀⠀⠀⠀⠀⠀⠀⠀⠀⠀⠀⠀⠀⠀⠀⠀⠀⠀⠀⠀⠀⠀⠀│⠀┃⠀║⠀⠀⠀⠀⠀⠀⠀⠀⠀⠀⠀⠀⠀⠀
+⠀⠀⠀⠀⠀⠀⠀⠀⠀⠀⠀⠀⠀⠀⠀⠀⠀⠀⠀⠀⠀⠀⠀⠀⠀⠀⠀⠀⠀⠀⠀⠀⠀⠀⠀⠀⠀⠀⠀⠀⠀⠀⠀⠀⠀⠀⠀║⠀⠀⠀│⠀⠀ettercap⠀⠀⠀│┃⠀│⠀⠀linux-exploit-suggester⠀⠀│⠀┃⠀║⠀⠀⠀⠀⠀⠀⠀⠀⠀⠀⠀⠀⠀⠀
+⠀⠀⠀⠀⠀⠀⠀⠀⠀⠀⠀⠀⠀⠀⠀⠀⠀⠀⠀⠀⠀⠀⠀⠀⠀⠀⠀⠀⠀⠀⠀⠀⠀⠀⠀⠀⠀⠀⠀⠀⠀⠀⠀⠀⠀⠀⠀║⠀⠀⠀│⠀⠀⠀⠀⠀⠀⠀⠀⠀⠀⠀⠀⠀│┃⠀│⠀⠀⠀⠀⠀⠀⠀⠀⠀⠀⠀⠀⠀⠀⠀⠀⠀⠀⠀⠀⠀⠀⠀⠀⠀⠀⠀│⠀┃⠀║⠀⠀⠀⠀⠀⠀⠀⠀⠀⠀⠀⠀⠀⠀
+⠀⠀⠀⠀⠀⠀⠀⠀⠀⠀⠀⠀⠀⠀⠀⠀⠀⠀⠀⠀⠀⠀⠀⠀⠀⠀⠀⠀⠀⠀⠀⠀⠀⠀⠀⠀⠀⠀⠀⠀⠀⠀⠀⠀⠀⠀⠀║⠀⠀⠀└─────────────┘┃⠀│⠀⠀linuxprivchecker⠀⠀⠀⠀⠀⠀⠀⠀⠀│⠀┃⠀║⠀⠀⠀⠀⠀⠀⠀⠀⠀⠀⠀⠀⠀⠀
 ⠀⠀⠀⠀⠀⠀⠀⠀⠀⠀⠀⠀⠀⠀⠀⠀⠀⠀⠀⠀⠀⠀⠀⠀⠀⠀⠀⠀⠀⠀⠀⠀⠀⠀⠀⠀⠀⠀⠀⠀⠀⠀⠀⠀⠀⠀⠀║⠀⠀⠀┌─⠀SPOOFING⠀──┐┃⠀│⠀⠀⠀⠀⠀⠀⠀⠀⠀⠀⠀⠀⠀⠀⠀⠀⠀⠀⠀⠀⠀⠀⠀⠀⠀⠀⠀│⠀┃⠀║⠀⠀⠀⠀⠀⠀⠀⠀⠀⠀⠀⠀⠀⠀
 ⠀⠀⠀⠀⠀⠀⠀⠀⠀⠀⠀⠀⠀⠀⠀⠀⠀⠀⠀⠀⠀⠀⠀⠀⠀⠀⠀⠀⠀⠀⠀⠀⠀⠀⠀⠀⠀⠀⠀⠀⠀⠀⠀⠀⠀⠀⠀║⠀⠀⠀├─────────────┤┃⠀└───────────────────────────┘⠀┃⠀║⠀⠀⠀⠀⠀⠀⠀⠀⠀⠀⠀⠀⠀⠀
 ⠀⠀⠀⠀⠀⠀⠀⠀⠀⠀⠀⠀⠀⠀⠀⠀⠀⠀⠀⠀⠀⠀⠀⠀⠀⠀⠀⠀⠀⠀⠀⠀⠀⠀⠀⠀⠀⠀⠀⠀⠀⠀⠀⠀⠀⠀⠀║⠀⠀⠀│⠀⠀bettercap⠀⠀│┃⠀┌────────⠀WINDOWS⠀────────┐⠀⠀⠀┃⠀║⠀⠀⠀⠀⠀⠀⠀⠀⠀⠀⠀⠀⠀⠀
 ⠀⠀⠀⠀⠀⠀⠀⠀⠀⠀⠀⠀⠀⠀⠀⠀⠀⠀⠀⠀⠀⠀⠀⠀⠀⠀⠀⠀⠀⠀⠀⠀⠀⠀⠀⠀⠀⠀⠀⠀⠀⠀⠀⠀⠀⠀⠀║⠀⠀⠀│⠀⠀⠀⠀⠀⠀⠀⠀⠀⠀⠀⠀⠀│┃⠀├─────────────────────────┤⠀⠀⠀┃⠀║⠀⠀⠀⠀⠀⠀⠀⠀⠀⠀⠀⠀⠀⠀
 ⠀⠀⠀⠀⠀⠀⠀⠀⠀⠀⠀⠀⠀⠀⠀⠀⠀⠀⠀⠀⠀⠀⠀⠀⠀⠀⠀⠀⠀⠀⠀⠀⠀⠀⠀⠀⠀⠀⠀⠀⠀⠀⠀⠀⠀⠀⠀║⠀⠀⠀│⠀⠀Responder⠀⠀│┃⠀│⠀⠀winPEAS⠀⠀⠀⠀⠀⠀⠀⠀⠀⠀⠀⠀⠀⠀⠀⠀│⠀⠀⠀┃⠀║⠀⠀⠀⠀⠀⠀⠀⠀⠀⠀⠀⠀⠀⠀
 ⠀⠀⠀⠀⠀⠀⠀⠀⠀⠀⠀⠀⠀⠀⠀⠀⠀⠀⠀⠀⠀⠀⠀⠀⠀⠀⠀⠀⠀⠀⠀⠀⠀⠀⠀⠀⠀⠀⠀⠀⠀⠀⠀⠀⠀⠀⠀║⠀⠀⠀│⠀⠀⠀⠀⠀⠀⠀⠀⠀⠀⠀⠀⠀│┃⠀│⠀⠀⠀⠀⠀⠀⠀⠀⠀⠀⠀⠀⠀⠀⠀⠀⠀⠀⠀⠀⠀⠀⠀⠀⠀│⠀⠀⠀┃⠀║⠀⠀⠀⠀⠀⠀⠀⠀⠀⠀⠀⠀⠀⠀
 ⠀⠀⠀⠀⠀⠀⠀⠀⠀⠀⠀⠀⠀⠀⠀⠀⠀⠀⠀⠀⠀⠀⠀⠀⠀⠀⠀⠀⠀⠀⠀⠀⠀⠀⠀⠀⠀⠀⠀⠀⠀⠀⠀⠀⠀⠀⠀║⠀⠀⠀│⠀⠀arpspoof⠀⠀⠀│┃⠀│⠀⠀PrivescCheck⠀⠀⠀⠀⠀⠀⠀⠀⠀⠀⠀│⠀⠀⠀┃⠀║⠀⠀⠀⠀⠀⠀⠀⠀⠀⠀⠀⠀⠀⠀
 ⠀⠀⠀⠀⠀⠀⠀⠀⠀⠀⠀⠀⠀⠀⠀⠀⠀⠀⠀⠀⠀⠀⠀⠀⠀⠀⠀⠀⠀⠀⠀⠀⠀⠀⠀⠀⠀⠀⠀⠀⠀⠀⠀⠀⠀⠀⠀║⠀⠀⠀│⠀⠀⠀⠀⠀⠀⠀⠀⠀⠀⠀⠀⠀│┃⠀│⠀⠀⠀⠀⠀⠀⠀⠀⠀⠀⠀⠀⠀⠀⠀⠀⠀⠀⠀⠀⠀⠀⠀⠀⠀│⠀⠀⠀┃⠀║⠀⠀⠀⠀⠀⠀⠀⠀⠀⠀⠀⠀⠀⠀
 ⠀⠀⠀⠀⠀⠀⠀⠀⠀⠀⠀⠀⠀⠀⠀⠀⠀⠀⠀⠀⠀⠀⠀⠀⠀⠀⠀⠀⠀⠀⠀⠀⠀⠀⠀⠀⠀⠀⠀⠀⠀⠀⠀⠀⠀⠀⠀║⠀⠀⠀└─────────────┘┃⠀│⠀⠀windows-privesc-check⠀⠀│⠀⠀⠀┃⠀║⠀⠀⠀⠀⠀⠀⠀⠀⠀⠀⠀⠀⠀⠀
 ⠀⠀⠀⠀⠀⠀⠀⠀⠀⠀⠀⠀⠀⠀⠀⠀⠀⠀⠀⠀⠀⠀⠀⠀⠀⠀⠀⠀⠀⠀⠀⠀⠀⠀⠀⠀⠀⠀⠀⠀⠀⠀⠀⠀⠀⠀⠀║⠀⠀⠀⠀⠀⠀⠀⠀⠀⠀⠀⠀⠀⠀⠀⠀⠀⠀┃⠀│⠀⠀⠀⠀⠀⠀⠀⠀⠀⠀⠀⠀⠀⠀⠀⠀⠀⠀⠀⠀⠀⠀⠀⠀⠀│⠀⠀⠀┃⠀║⠀⠀⠀⠀⠀⠀⠀⠀⠀⠀⠀⠀⠀⠀
 ⠀⠀⠀⠀⠀⠀⠀⠀⠀⠀⠀⠀⠀⠀⠀⠀⠀⠀⠀⠀⠀⠀⠀⠀⠀⠀⠀⠀⠀⠀⠀⠀⠀⠀⠀⠀⠀⠀⠀⠀⠀⠀⠀⠀⠀⠀⠀║⠀⠀⠀⠀⠀⠀⠀⠀⠀⠀⠀⠀⠀⠀⠀⠀⠀⠀┃⠀│⠀⠀RemotePotato0⠀⠀⠀⠀⠀⠀⠀⠀⠀⠀│⠀⠀⠀┃⠀║⠀⠀⠀⠀⠀⠀⠀⠀⠀⠀⠀⠀⠀⠀
 ⠀⠀⠀⠀⠀⠀⠀⠀⠀⠀⠀⠀⠀⠀⠀⠀⠀⠀⠀⠀⠀⠀⠀⠀⠀⠀⠀⠀⠀⠀⠀⠀⠀⠀⠀⠀⠀⠀⠀⠀⠀⠀⠀⠀⠀⠀⠀║⠀⠀⠀⠀⠀⠀⠀⠀⠀⠀⠀⠀⠀⠀⠀⠀⠀⠀┃⠀│⠀⠀⠀⠀⠀⠀⠀⠀⠀⠀⠀⠀⠀⠀⠀⠀⠀⠀⠀⠀⠀⠀⠀⠀⠀│⠀⠀⠀┃⠀║⠀⠀⠀⠀⠀⠀⠀⠀⠀⠀⠀⠀⠀⠀
 ⠀⠀⠀⠀⠀⠀⠀⠀⠀⠀⠀⠀⠀⠀⠀⠀⠀⠀⠀⠀⠀⠀⠀⠀⠀⠀⠀⠀⠀⠀⠀⠀⠀⠀⠀⠀⠀⠀⠀⠀⠀⠀⠀⠀⠀⠀⠀║⠀⠀⠀⠀⠀⠀⠀⠀⠀⠀⠀⠀⠀⠀⠀⠀⠀⠀┃⠀└─────────────────────────┘⠀⠀⠀┃⠀║⠀⠀⠀⠀⠀⠀⠀⠀⠀⠀⠀⠀⠀⠀
 ⠀⠀⠀⠀⠀⠀⠀⠀⠀⠀⠀⠀⠀⠀⠀⠀⠀⠀⠀⠀⠀⠀⠀⠀⠀⠀⠀⠀⠀⠀⠀⠀⠀⠀⠀⠀⠀⠀⠀⠀⠀⠀⠀⠀⠀⠀⠀║⠀⠀⠀⠀⠀⠀⠀⠀⠀⠀⠀⠀⠀⠀⠀⠀⠀⠀┗━━━━━━━━━━━━━━━━━━━━━━━━━━━━━━━┛⠀║⠀⠀⠀⠀⠀⠀⠀⠀⠀⠀⠀⠀⠀⠀
 ⠀⠀⠀⠀⠀⠀⠀⠀⠀⠀⠀⠀⠀⠀⠀⠀⠀⠀⠀⠀⠀⠀⠀⠀⠀⠀⠀⠀⠀⠀⠀⠀⠀⠀⠀⠀⠀⠀⠀⠀⠀⠀⠀⠀⠀⠀⠀╚════════════════════════════════════════════════════╝⠀⠀⠀⠀⠀⠀⠀⠀⠀⠀⠀⠀⠀⠀
 ]
 style main fill:#121212
 ```
````
